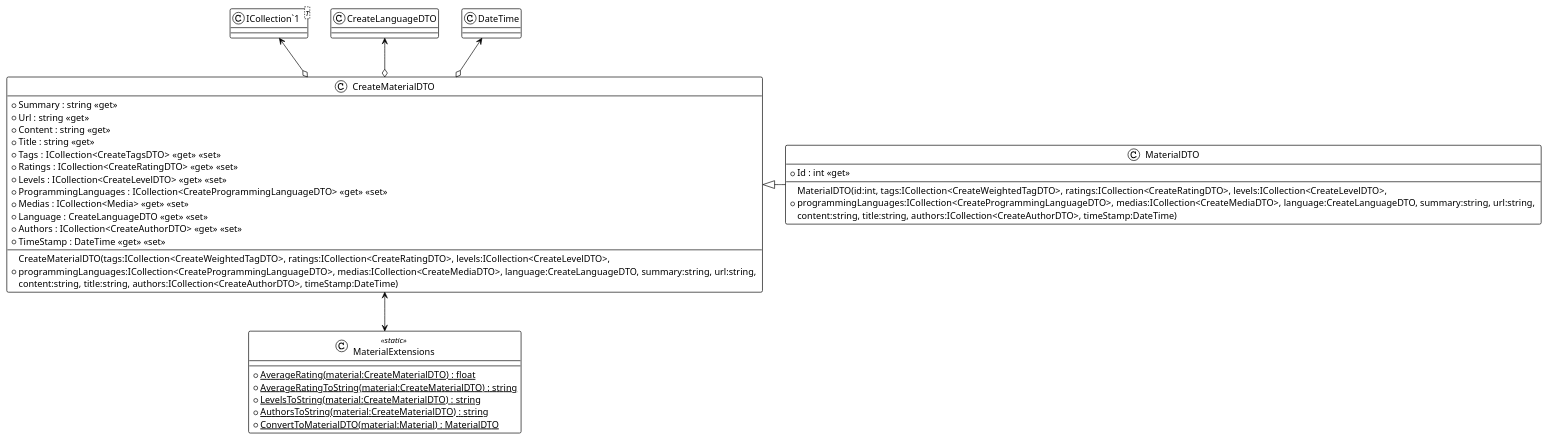
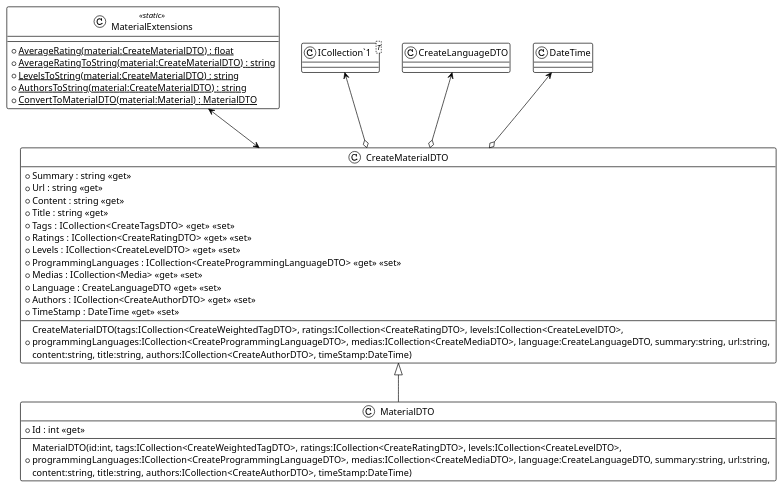
Before and after one commit to ahja-itu/BDSA2021-FinalProject: the diagram in Documentation/UML/CollectedPumls/MaterialDTO.puml, drawn with PlantUML. The commit also changed 4 other files, not shown here.

Commit message:
Update diagrams

```diff
--- a/Documentation/UML/CollectedPumls/MaterialDTO.puml
+++ b/Documentation/UML/CollectedPumls/MaterialDTO.puml
@@ -1,38 +1,38 @@
 @startuml
 !theme plain
 class MaterialDTO {
 + MaterialDTO(id:int, tags:ICollection<CreateWeightedTagDTO>, ratings:ICollection<CreateRatingDTO>, levels:ICollection<CreateLevelDTO>, \nprogrammingLanguages:ICollection<CreateProgrammingLanguageDTO>, medias:ICollection<CreateMediaDTO>, language:CreateLanguageDTO, summary:string, url:string, \ncontent:string, title:string, authors:ICollection<CreateAuthorDTO>, timeStamp:DateTime)
 + Id : int <<get>>
 }
 class CreateMaterialDTO {
 + CreateMaterialDTO(tags:ICollection<CreateWeightedTagDTO>, ratings:ICollection<CreateRatingDTO>, levels:ICollection<CreateLevelDTO>, \nprogrammingLanguages:ICollection<CreateProgrammingLanguageDTO>, medias:ICollection<CreateMediaDTO>, language:CreateLanguageDTO, summary:string, url:string, \ncontent:string, title:string, authors:ICollection<CreateAuthorDTO>, timeStamp:DateTime)
 + Summary : string <<get>>
 + Url : string <<get>>
 + Content : string <<get>>
 + Title : string <<get>>
 + Tags : ICollection<CreateTagsDTO>  <<get>> <<set>>
 + Ratings : ICollection<CreateRatingDTO> <<get>> <<set>>
 + Levels : ICollection<CreateLevelDTO> <<get>> <<set>>
 + ProgrammingLanguages : ICollection<CreateProgrammingLanguageDTO> <<get>> <<set>>
 + Medias : ICollection<Media> <<get>> <<set>>
 + Language : CreateLanguageDTO <<get>> <<set>>
 + Authors : ICollection<CreateAuthorDTO> <<get>> <<set>>
 + TimeStamp : DateTime <<get>> <<set>>
 }
 
 class MaterialExtensions <<static>> {
     + {static} AverageRating(material:CreateMaterialDTO) : float
     + {static} AverageRatingToString(material:CreateMaterialDTO) : string
     + {static} LevelsToString(material:CreateMaterialDTO) : string
     + {static} AuthorsToString(material:CreateMaterialDTO) : string
     + {static} ConvertToMaterialDTO(material:Material) : MaterialDTO
 }
 class "ICollection`1"<T> {
 }
 
-CreateMaterialDTO <|- MaterialDTO
+CreateMaterialDTO <|-d- MaterialDTO
 "ICollection`1" <--o CreateMaterialDTO
 CreateLanguageDTO <--o CreateMaterialDTO
 DateTime <--o CreateMaterialDTO
-CreateMaterialDTO <--> MaterialExtensions
+CreateMaterialDTO <-u-> MaterialExtensions
 @enduml
```
